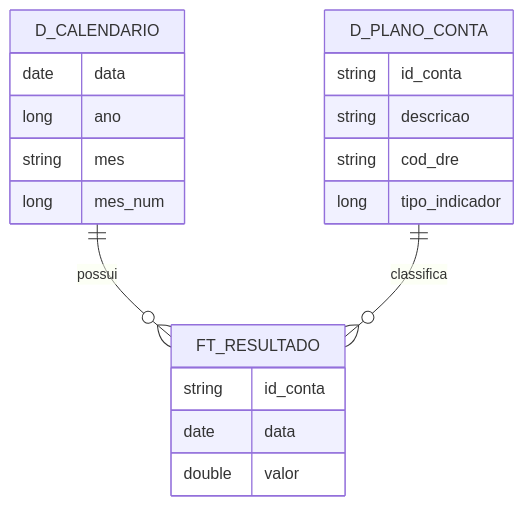
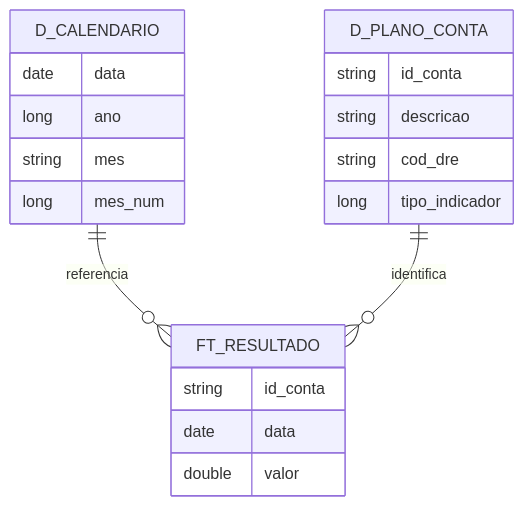
The diagram in notebooks/gold/README.md (rsdiniz-data/financial-statement-analytics-platform), drawn with Mermaid before and after one commit.

````diff
--- a/notebooks/gold/README.md
+++ b/notebooks/gold/README.md
@@ -119,26 +119,26 @@
 ```mermaid
 erDiagram
 
-    D_CALENDARIO ||--o{ FT_RESULTADO : possui
-    D_PLANO_CONTA ||--o{ FT_RESULTADO : classifica
+    D_CALENDARIO ||--o{ FT_RESULTADO : referencia
+    D_PLANO_CONTA ||--o{ FT_RESULTADO : identifica
 
     D_CALENDARIO {
         date data
         long ano
         string mes
         long mes_num
     }
 
     D_PLANO_CONTA {
         string id_conta
         string descricao
         string cod_dre
         long tipo_indicador
     }
 
     FT_RESULTADO {
         string id_conta
         date data
         double valor
     }
 ```
````
